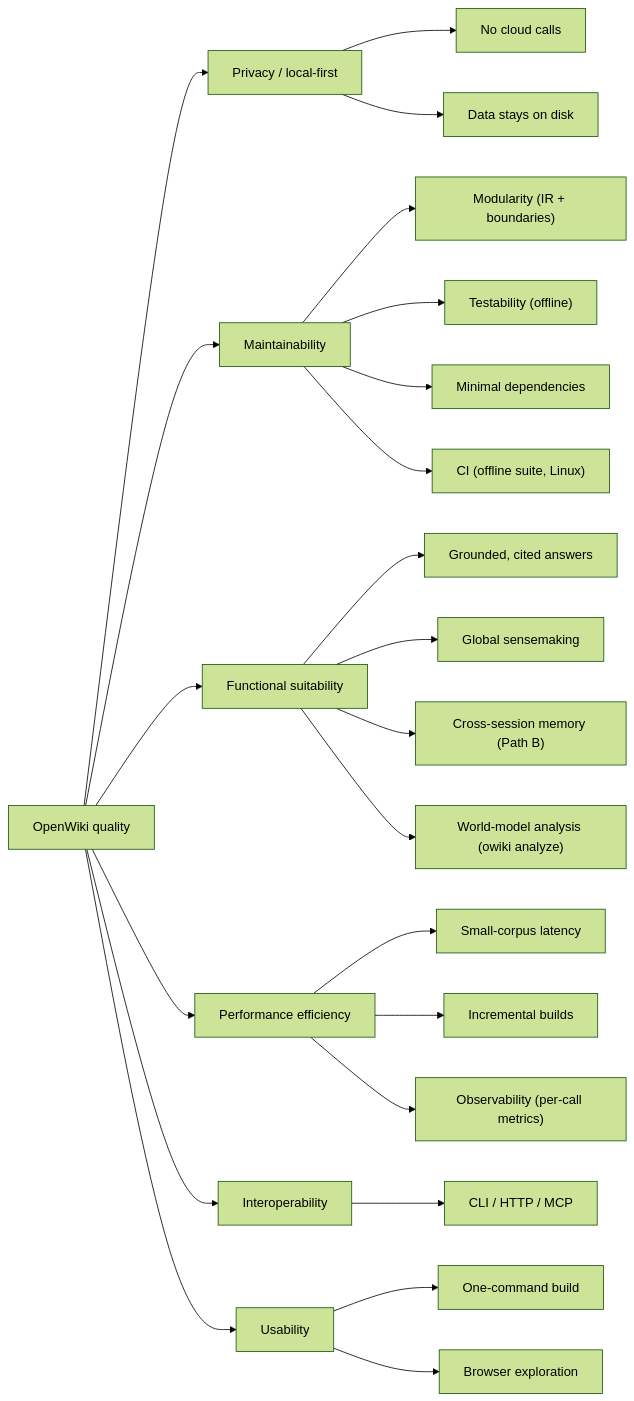
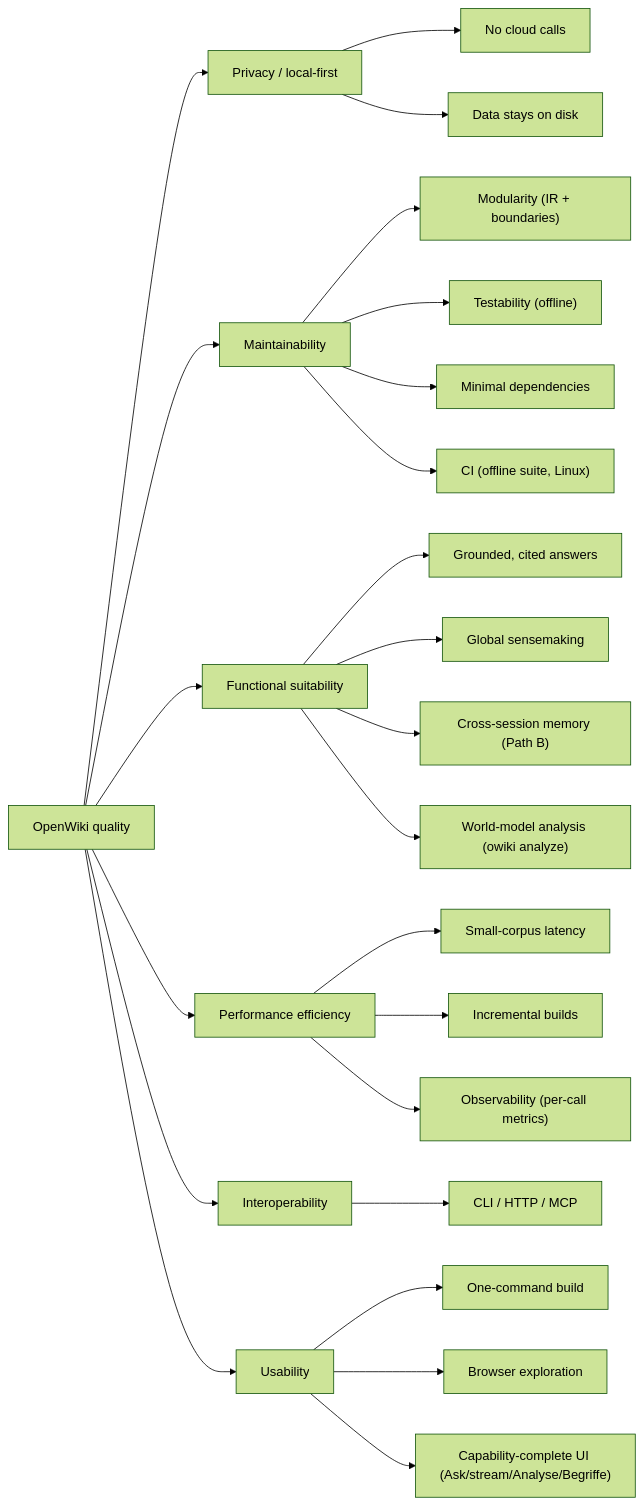
The diagram in docs/arc42/10-quality-requirements.md (Neuroant/OpenWiki), drawn with Mermaid (forest theme) before and after one commit. The commit also changed other lines of this file and 7 other files, not shown here.

First line of the commit message:
arc42: fold in Direction J (capability-complete web UI, v0.72–v0.78)

````diff
--- a/docs/arc42/10-quality-requirements.md
+++ b/docs/arc42/10-quality-requirements.md
@@ -8,18 +8,18 @@
 ```mermaid
 flowchart LR
   Q["OpenWiki quality"]
   Q --> P["Privacy / local-first"]
   Q --> M["Maintainability"]
   Q --> F["Functional suitability"]
   Q --> E["Performance efficiency"]
   Q --> I["Interoperability"]
   Q --> U["Usability"]
   P --> P1["No cloud calls"] & P2["Data stays on disk"]
   M --> M1["Modularity (IR + boundaries)"] & M2["Testability (offline)"] & M3["Minimal dependencies"]
   F --> F1["Grounded, cited answers"] & F2["Global sensemaking"] & F3["Cross-session memory (Path B)"]
   F --> F4["World-model analysis (owiki analyze)"]
   E --> E1["Small-corpus latency"] & E2["Incremental builds"] & E3["Observability (per-call metrics)"]
   M --> M4["CI (offline suite, Linux)"]
   I --> I1["CLI / HTTP / MCP"]
-  U --> U1["One-command build"] & U2["Browser exploration"]
+  U --> U1["One-command build"] & U2["Browser exploration"] & U3["Capability-complete UI (Ask/stream/Analyse/Begriffe)"]
 ```
````
